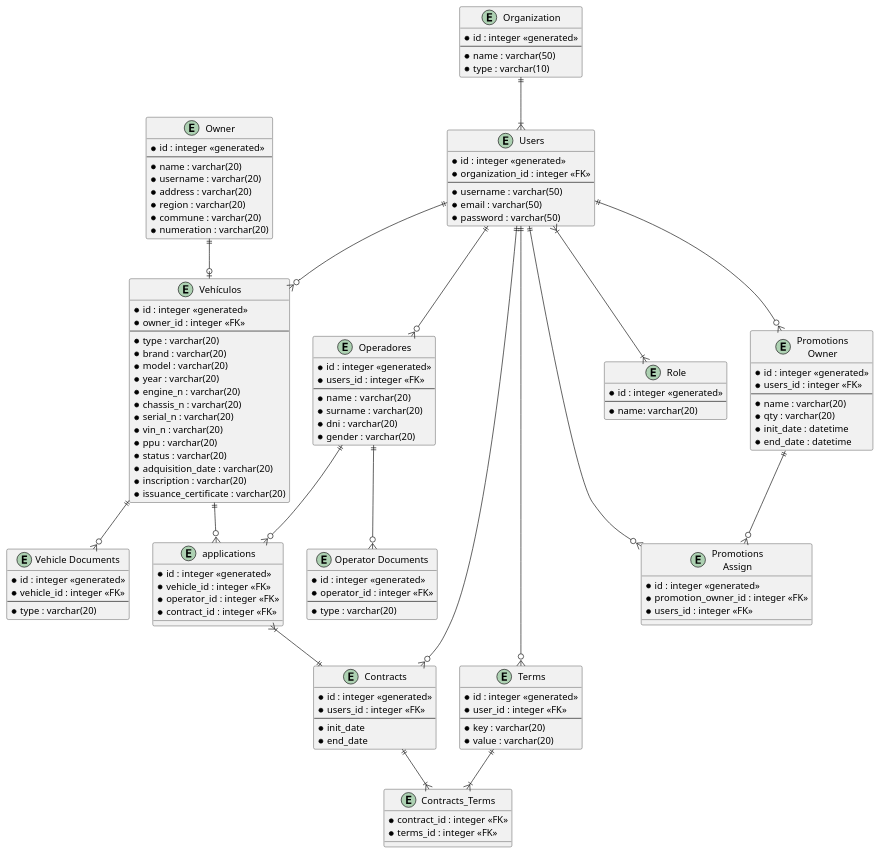
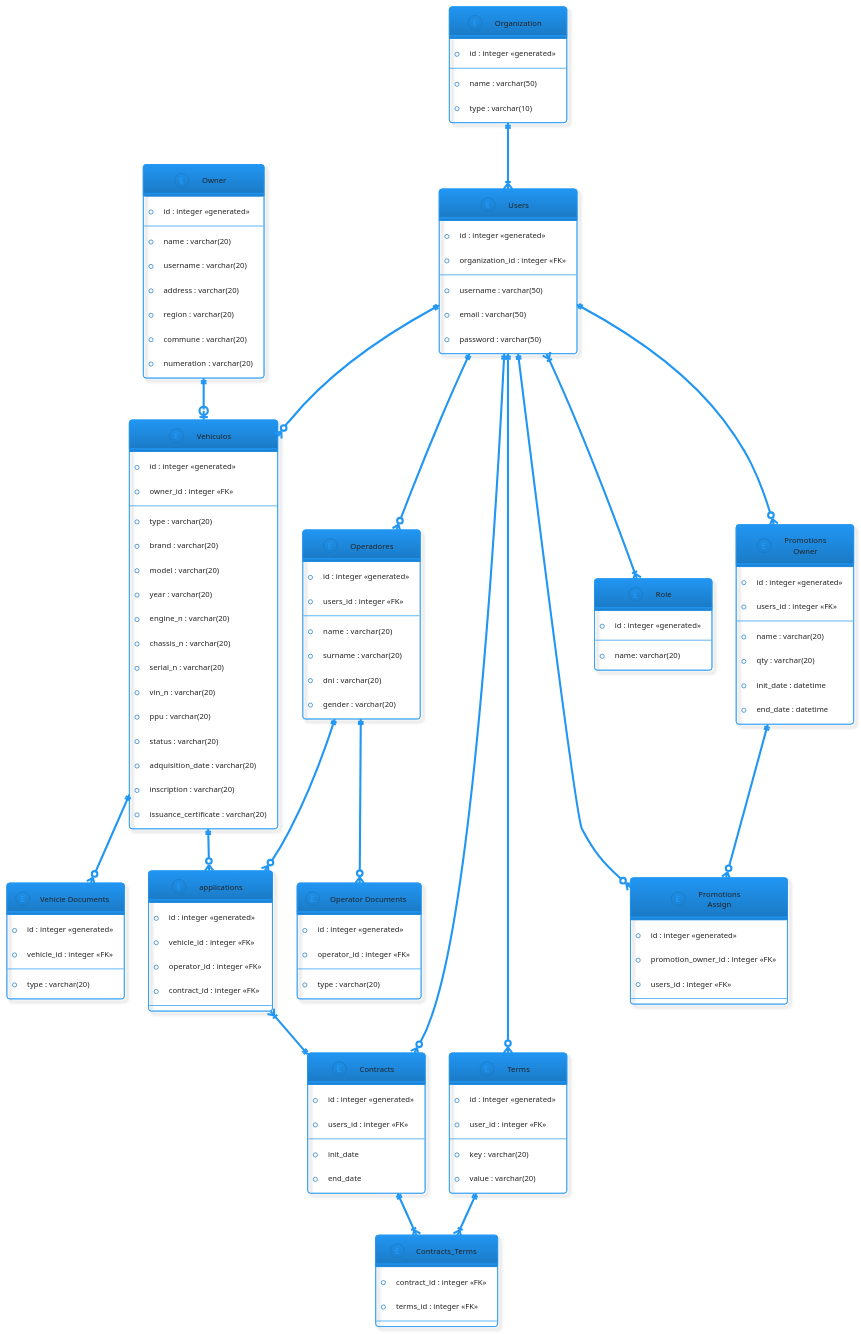
The diagram in diagrams/entity_relationship/entity_relationship.plantuml (ubomagisterinformatica/carrier_assignment_system), drawn with PlantUML before and after one commit. The commit also changed 16 other files, not shown here.

Commit message:
"diagramas folder was renamed to "diagrams"

```diff
--- a/diagrams/entity_relationship/entity_relationship.plantuml
+++ b/diagrams/entity_relationship/entity_relationship.plantuml
@@ -1,129 +1,130 @@
 @startuml entidades
-entity Organization{
-  * id : integer <<generated>>
-  --
-  * name : varchar(50)
-  * type : varchar(10)
-}
-entity Users{
-  * id : integer <<generated>>
-  * organization_id : integer <<FK>>
-  --
-  * username : varchar(50)
-  * email : varchar(50)
-  * password : varchar(50)
-}
-entity Operadores{
-  * id : integer <<generated>>
-  * users_id : integer <<FK>>
-  --
-  * name  : varchar(20)
-  * surname : varchar(20)
-  * dni : varchar(20)
-  * gender : varchar(20)
-}
-entity Vehículos {
-  * id : integer <<generated>>
-  * owner_id : integer <<FK>>
-  --
-  * type : varchar(20)
-  * brand : varchar(20)
-  * model : varchar(20)
-  * year : varchar(20)
-  * engine_n : varchar(20)
-  * chassis_n : varchar(20)
-  * serial_n : varchar(20)
-  * vin_n : varchar(20)
-  * ppu : varchar(20)
-  * status : varchar(20)
-  * adquisition_date : varchar(20)
-  * inscription : varchar(20)
-  * issuance_certificate : varchar(20)
-}
-entity "Vehicle Documents" as VehicleDocuments {
-  * id : integer <<generated>>
-  * vehicle_id : integer <<FK>>
-  --
-  * type : varchar(20)
-}
-entity "Operator Documents" as OperatorDocuments {
-  * id : integer <<generated>>
-  * operator_id : integer <<FK>>
-  --
-  * type : varchar(20)
-}
-entity Contracts{
-  * id : integer <<generated>>
-  * users_id : integer <<FK>>
-  --
-  * init_date
-  * end_date
-}
-entity Terms {
-  * id : integer <<generated>>
-  * user_id : integer <<FK>>
-  --
-  * key : varchar(20)
-  * value : varchar(20)
-}
-entity Contracts_Terms {
-  * contract_id : integer <<FK>>
-  * terms_id : integer <<FK>>
-}
-entity Owner {
-  * id : integer <<generated>>
-  --
-  * name : varchar(20)
-  * username : varchar(20)
-  * address : varchar(20)
-  * region : varchar(20)
-  * commune : varchar(20)
-  * numeration : varchar(20)
-}
-entity "Promotions\nOwner" as Promotions_Owner {
-  * id : integer <<generated>>
-  * users_id : integer <<FK>>
-  --
-  * name : varchar(20)
-  * qty : varchar(20)
-  * init_date : datetime
-  * end_date : datetime
-}
-entity "Promotions\nAssign" as Promotions_Assign {
-  * id : integer <<generated>>
-  * promotion_owner_id : integer <<FK>>
-  * users_id : integer <<FK>>
-}
-entity applications {
-  * id : integer <<generated>>
-  * vehicle_id : integer <<FK>>
-  * operator_id : integer <<FK>>
-  * contract_id : integer <<FK>>
-}
-entity Role {
-  * id : integer <<generated>>
-  --
-  * name: varchar(20)
-}
-Users }|--|{ Role
-Vehículos ||--o{ applications
-Operadores ||--o{ applications
-applications }|--|| Contracts
-Users ||--o{ Contracts
-Users ||--o{ Terms
-Users ||--o{ Promotions_Owner
-Users ||--o{ Promotions_Assign
-Promotions_Owner ||--o{ Promotions_Assign
-Terms ||--|{ Contracts_Terms
-Contracts ||--|{ Contracts_Terms
-' 1 Organización tiene 1 ó muchos Users
-Organization ||--|{ Users
-' 1 Transportista tiene 0 ó muchos Vehículos
-Users ||--o{ Vehículos
-' 1 Transportista tiene 0 ó muchos Operadores
-Users ||--o{ Operadores
-' 1 Transportista tiene 0 ó muchos Documents
-Vehículos ||--o{ VehicleDocuments
-Operadores ||--o{ OperatorDocuments
-Owner ||--o| Vehículos
+  !theme materia-outline
+  entity Organization{
+    * id : integer <<generated>>
+    --
+    * name : varchar(50)
+    * type : varchar(10)
+  }
+  entity Users{
+    * id : integer <<generated>>
+    * organization_id : integer <<FK>>
+    --
+    * username : varchar(50)
+    * email : varchar(50)
+    * password : varchar(50)
+  }
+  entity Operadores{
+    * id : integer <<generated>>
+    * users_id : integer <<FK>>
+    --
+    * name  : varchar(20)
+    * surname : varchar(20)
+    * dni : varchar(20)
+    * gender : varchar(20)
+  }
+  entity Vehículos {
+    * id : integer <<generated>>
+    * owner_id : integer <<FK>>
+    --
+    * type : varchar(20)
+    * brand : varchar(20)
+    * model : varchar(20)
+    * year : varchar(20)
+    * engine_n : varchar(20)
+    * chassis_n : varchar(20)
+    * serial_n : varchar(20)
+    * vin_n : varchar(20)
+    * ppu : varchar(20)
+    * status : varchar(20)
+    * adquisition_date : varchar(20)
+    * inscription : varchar(20)
+    * issuance_certificate : varchar(20)
+  }
+  entity "Vehicle Documents" as VehicleDocuments {
+    * id : integer <<generated>>
+    * vehicle_id : integer <<FK>>
+    --
+    * type : varchar(20)
+  }
+  entity "Operator Documents" as OperatorDocuments {
+    * id : integer <<generated>>
+    * operator_id : integer <<FK>>
+    --
+    * type : varchar(20)
+  }
+  entity Contracts{
+    * id : integer <<generated>>
+    * users_id : integer <<FK>>
+    --
+    * init_date
+    * end_date
+  }
+  entity Terms {
+    * id : integer <<generated>>
+    * user_id : integer <<FK>>
+    --
+    * key : varchar(20)
+    * value : varchar(20)
+  }
+  entity Contracts_Terms {
+    * contract_id : integer <<FK>>
+    * terms_id : integer <<FK>>
+  }
+  entity Owner {
+    * id : integer <<generated>>
+    --
+    * name : varchar(20)
+    * username : varchar(20)
+    * address : varchar(20)
+    * region : varchar(20)
+    * commune : varchar(20)
+    * numeration : varchar(20)
+  }
+  entity "Promotions\nOwner" as Promotions_Owner {
+    * id : integer <<generated>>
+    * users_id : integer <<FK>>
+    --
+    * name : varchar(20)
+    * qty : varchar(20)
+    * init_date : datetime
+    * end_date : datetime
+  }
+  entity "Promotions\nAssign" as Promotions_Assign {
+    * id : integer <<generated>>
+    * promotion_owner_id : integer <<FK>>
+    * users_id : integer <<FK>>
+  }
+  entity applications {
+    * id : integer <<generated>>
+    * vehicle_id : integer <<FK>>
+    * operator_id : integer <<FK>>
+    * contract_id : integer <<FK>>
+  }
+  entity Role {
+    * id : integer <<generated>>
+    --
+    * name: varchar(20)
+  }
+  Users }|--|{ Role
+  Vehículos ||--o{ applications
+  Operadores ||--o{ applications
+  applications }|--|| Contracts
+  Users ||--o{ Contracts
+  Users ||--o{ Terms
+  Users ||--o{ Promotions_Owner
+  Users ||--o{ Promotions_Assign
+  Promotions_Owner ||--o{ Promotions_Assign
+  Terms ||--|{ Contracts_Terms
+  Contracts ||--|{ Contracts_Terms
+  ' 1 Organización tiene 1 ó muchos Users
+  Organization ||--|{ Users
+  ' 1 Transportista tiene 0 ó muchos Vehículos
+  Users ||--o{ Vehículos
+  ' 1 Transportista tiene 0 ó muchos Operadores
+  Users ||--o{ Operadores
+  ' 1 Transportista tiene 0 ó muchos Documents
+  Vehículos ||--o{ VehicleDocuments
+  Operadores ||--o{ OperatorDocuments
+  Owner ||--o| Vehículos
 @enduml
```
